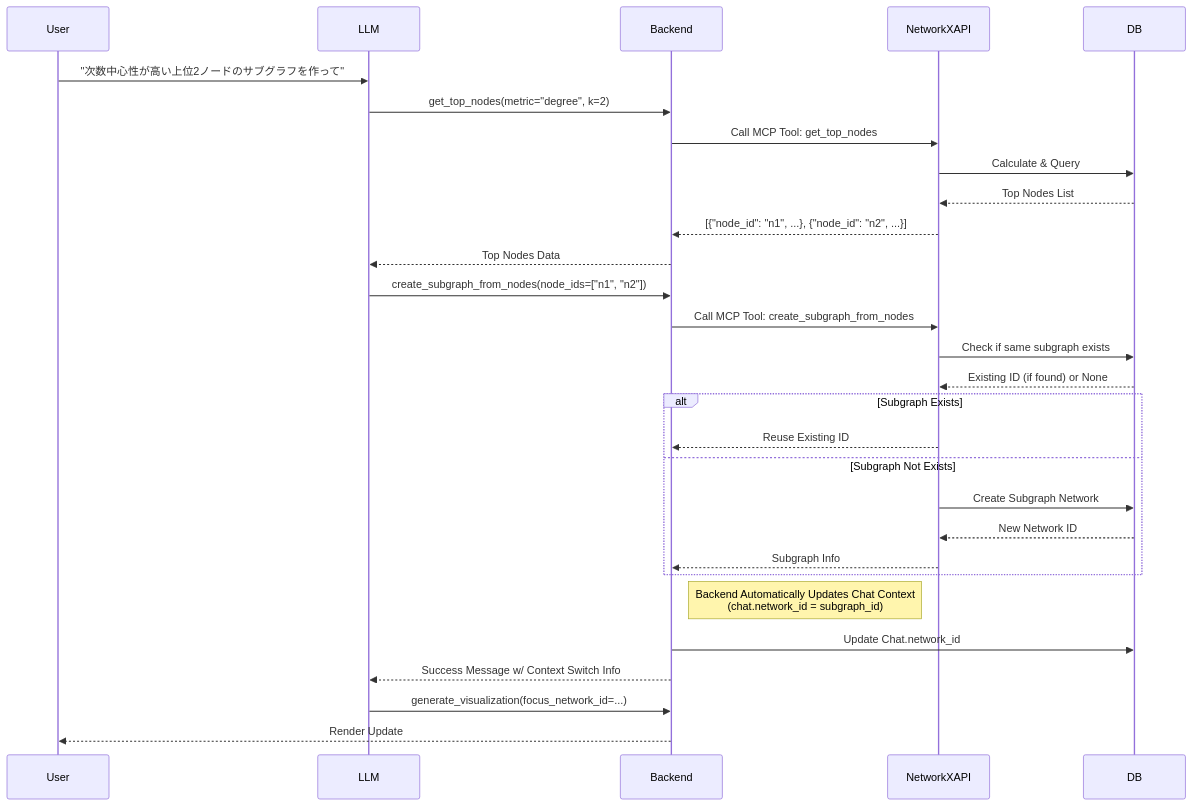
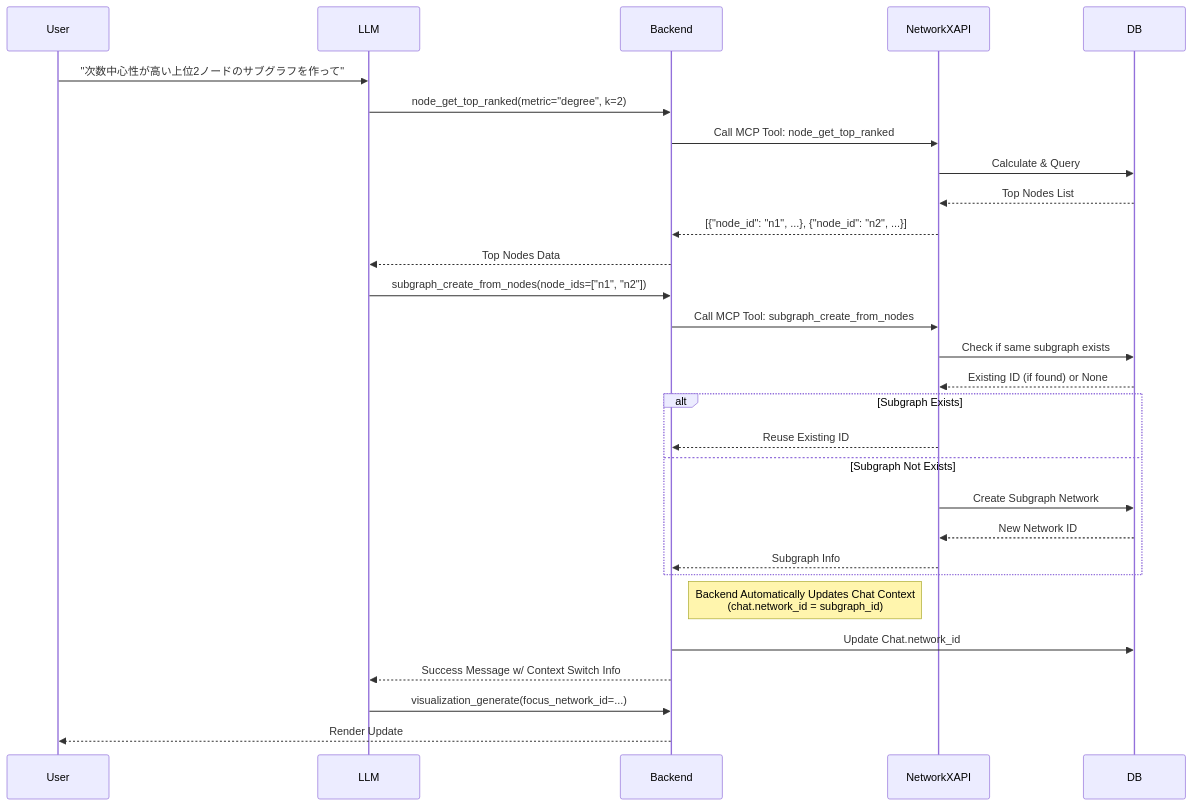
The fourth of 13 diagrams in specification/2_Technical_Details/6_Core_Workflows.md (vdslab/LLMGraphvis), drawn with Mermaid before and after one commit. The commit also changed other lines of this file and 12 other files, not shown here.

````diff
--- a/specification/2_Technical_Details/6_Core_Workflows.md
+++ b/specification/2_Technical_Details/6_Core_Workflows.md
@@ -226,35 +225,35 @@
 ```mermaid
 sequenceDiagram
     participant User
     participant LLM
     participant Backend
     participant NetworkXAPI
     participant DB
 
     User->>LLM: "次数中心性が高い上位2ノードのサブグラフを作って"
-    LLM->>Backend: get_top_nodes(metric="degree", k=2)
-    Backend->>NetworkXAPI: Call MCP Tool: get_top_nodes
+    LLM->>Backend: node_get_top_ranked(metric="degree", k=2)
+    Backend->>NetworkXAPI: Call MCP Tool: node_get_top_ranked
     NetworkXAPI->>DB: Calculate & Query
     DB-->>NetworkXAPI: Top Nodes List
     NetworkXAPI-->>Backend: [{"node_id": "n1", ...}, {"node_id": "n2", ...}]
     Backend-->>LLM: Top Nodes Data
 
-    LLM->>Backend: create_subgraph_from_nodes(node_ids=["n1", "n2"])
-    Backend->>NetworkXAPI: Call MCP Tool: create_subgraph_from_nodes
+    LLM->>Backend: subgraph_create_from_nodes(node_ids=["n1", "n2"])
+    Backend->>NetworkXAPI: Call MCP Tool: subgraph_create_from_nodes
     NetworkXAPI->>DB: Check if same subgraph exists
     DB-->>NetworkXAPI: Existing ID (if found) or None
     alt Subgraph Exists
         NetworkXAPI-->>Backend: Reuse Existing ID
     else Subgraph Not Exists
         NetworkXAPI->>DB: Create Subgraph Network
         DB-->>NetworkXAPI: New Network ID
         NetworkXAPI-->>Backend: Subgraph Info
     end
     
     note right of Backend: Backend Automatically Updates Chat Context<br/>(chat.network_id = subgraph_id)
     Backend->>DB: Update Chat.network_id
     Backend-->>LLM: Success Message w/ Context Switch Info
 
-    LLM->>Backend: generate_visualization(focus_network_id=...)
+    LLM->>Backend: visualization_generate(focus_network_id=...)
     Backend-->>User: Render Update
 ```
````
